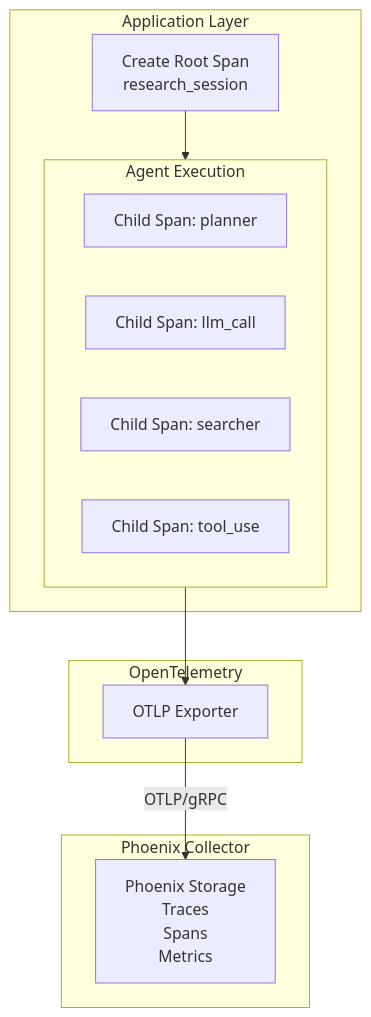
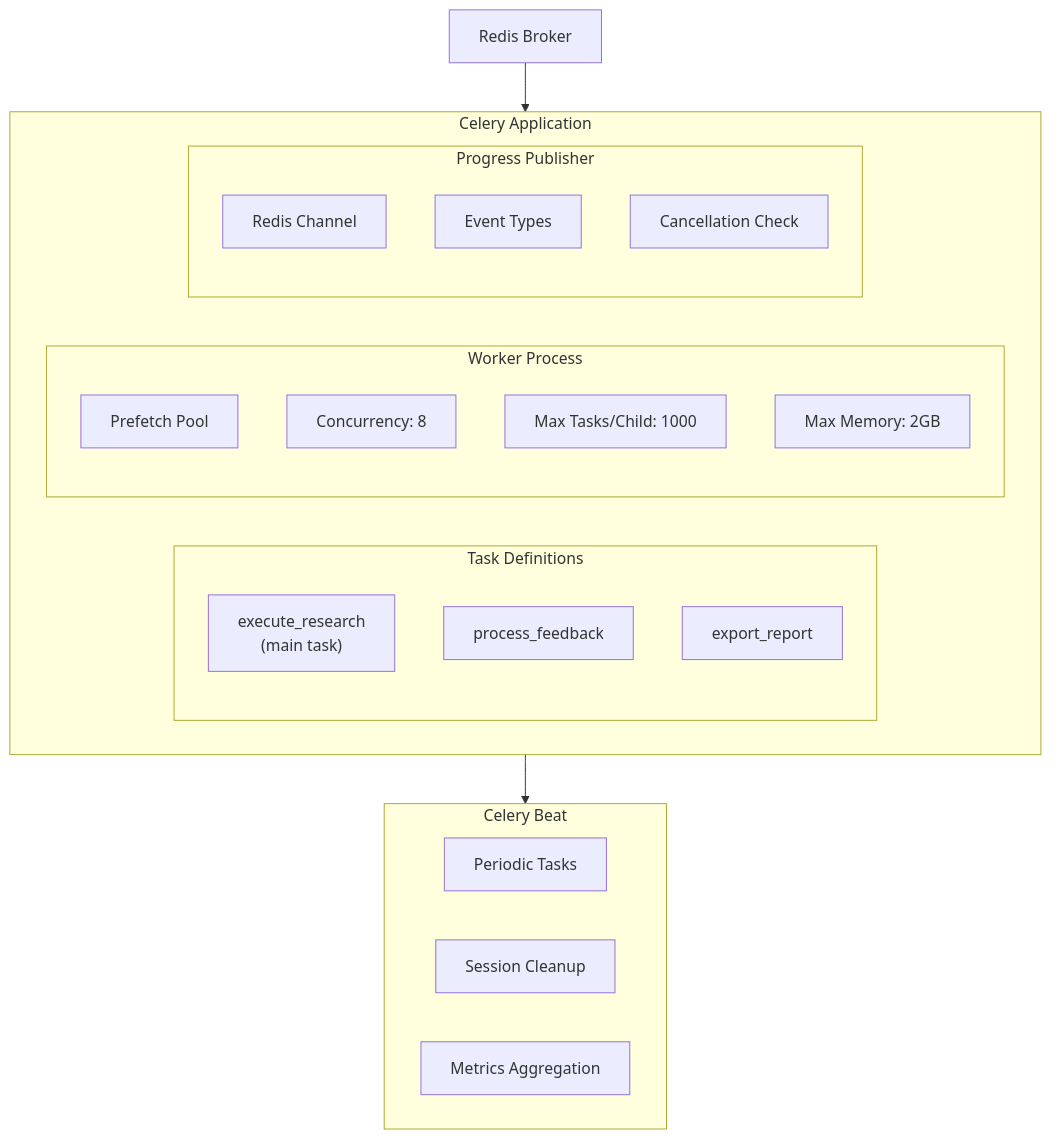
Diagram 19 of 29 in docs/ARCHITECTURE.md (satyamaix/DeepResearchX), drawn with Mermaid before and after one commit. The commit also changed other lines of this file and 2 other files, not shown here.

````diff
--- a/docs/ARCHITECTURE.md
+++ b/docs/ARCHITECTURE.md
@@ -616,25 +856,32 @@
 ```mermaid
 flowchart TB
-    subgraph Application["Application Layer"]
-        RootSpan["Create Root Span<br/>research_session"]
+    subgraph CeleryApp["Celery Application"]
+        subgraph Tasks["Task Definitions"]
+            ExecuteResearch["execute_research<br/>(main task)"]
+            ProcessFeedback["process_feedback"]
+            ExportReport["export_report"]
+        end
 
-        subgraph AgentExecution["Agent Execution"]
-            PlannerSpan["Child Span: planner"]
-            LLMSpan1["Child Span: llm_call"]
-            SearcherSpan["Child Span: searcher"]
-            ToolSpan["Child Span: tool_use"]
+        subgraph Worker["Worker Process"]
+            Prefetch["Prefetch Pool"]
+            Concurrency["Concurrency: 8"]
+            MaxTasks["Max Tasks/Child: 1000"]
+            MaxMem["Max Memory: 2GB"]
+        end
+
+        subgraph ProgressPub["Progress Publisher"]
+            Channel["Redis Channel"]
+            Events["Event Types"]
+            Cancellation["Cancellation Check"]
         end
     end
 
-    subgraph OTel["OpenTelemetry"]
-        Exporter["OTLP Exporter"]
+    subgraph Beat["Celery Beat"]
+        Schedule["Periodic Tasks"]
+        Cleanup["Session Cleanup"]
+        Metrics["Metrics Aggregation"]
     end
 
-    subgraph Phoenix["Phoenix Collector"]
-        Storage["Phoenix Storage<br/>Traces<br/>Spans<br/>Metrics"]
-    end
-
-    RootSpan --> AgentExecution
-    AgentExecution --> Exporter
-    Exporter -->|"OTLP/gRPC"| Storage
+    Redis["Redis Broker"] --> CeleryApp
+    CeleryApp --> Beat
 ```
````
